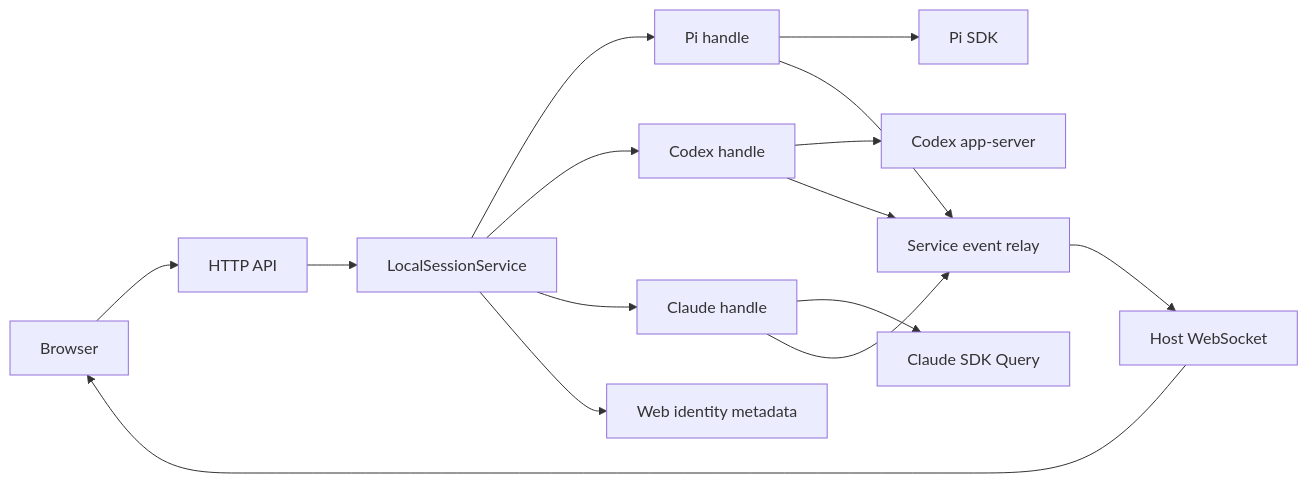
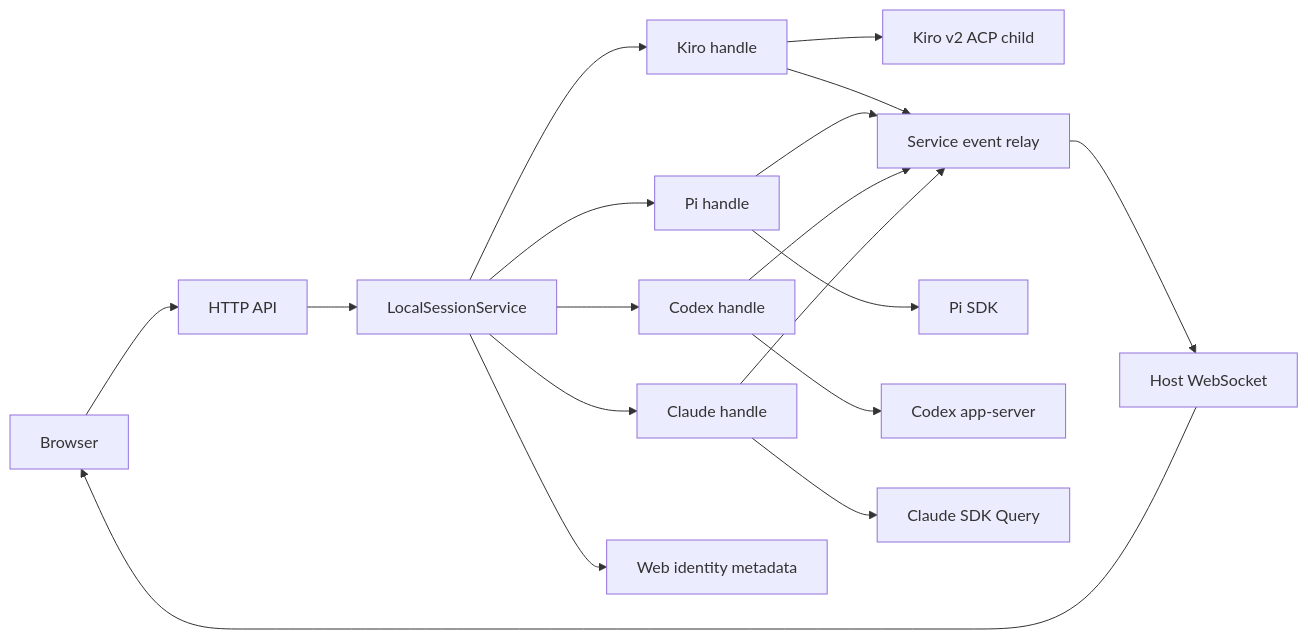
Before and after one commit to ashwin-pc/pi-web: the diagram in docs/multi-harness-design.md, drawn with Mermaid. The commit also changed other lines of this file and 2 other files, not shown here.

First line of the commit message:
Document Kiro v2 compatibility boundaries and verified producer gate

````diff
--- a/docs/multi-harness-design.md
+++ b/docs/multi-harness-design.md
@@ -11,17 +11,20 @@
 ```mermaid
 flowchart LR
   Browser --> API[HTTP API]
   API --> Service[LocalSessionService]
   Service --> Pi[Pi handle]
   Service --> Codex[Codex handle]
   Service --> Claude[Claude handle]
+  Service --> Kiro[Kiro handle]
+  Kiro --> ACP[Kiro v2 ACP child]
+  Kiro --> Relay
   Pi --> SDK[Pi SDK]
   Codex --> App[Codex app-server]
   Claude --> Query[Claude SDK Query]
   Pi --> Relay[Service event relay]
   Codex --> Relay
   Claude --> Relay
   Relay --> WS[Host WebSocket]
   WS --> Browser
   Service --> Bindings[Web identity metadata]
 ```
````
